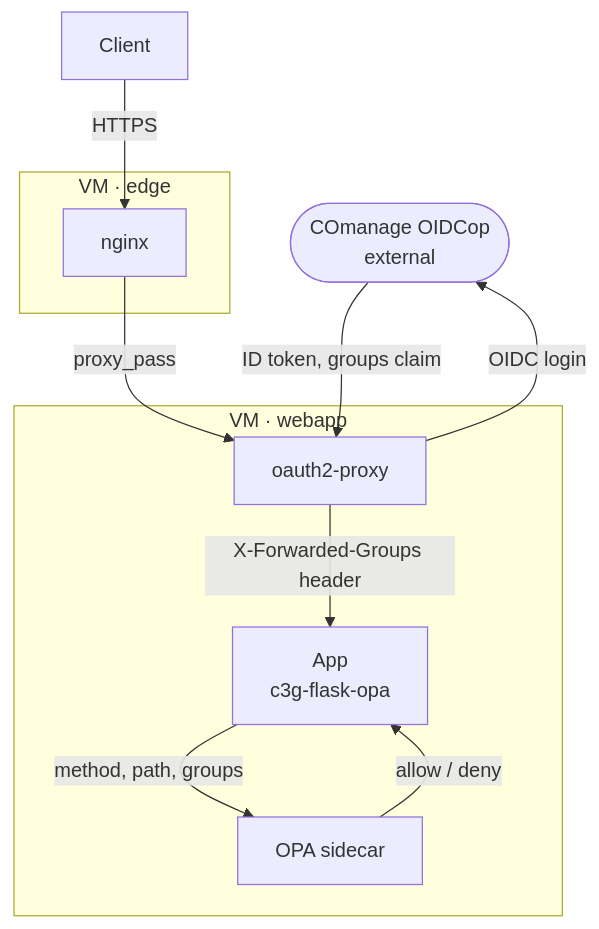
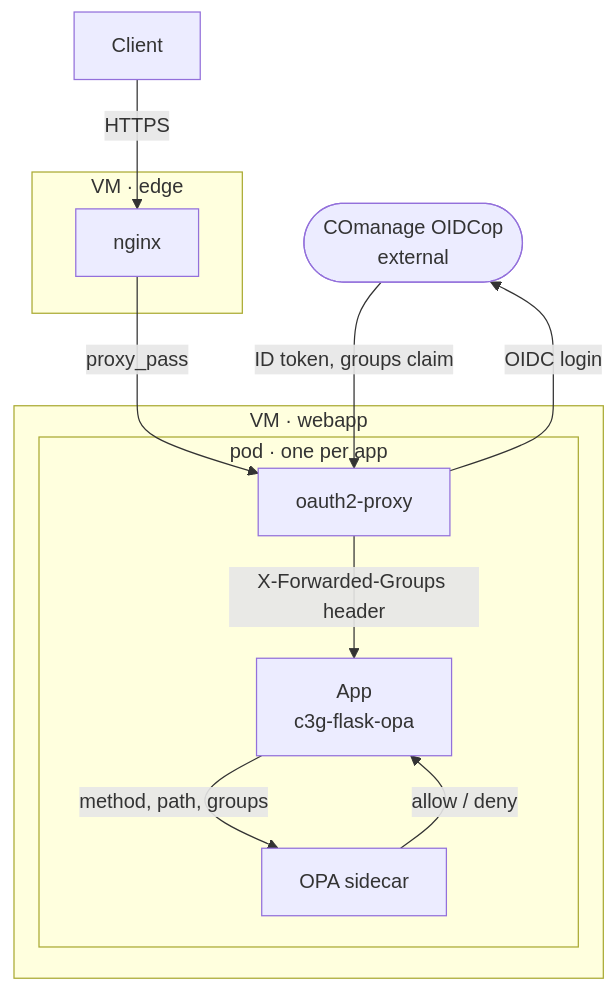
Before and after one commit to c3g/web-app-template: the third of 5 diagrams in README.md, drawn with Mermaid. The commit also changed other lines of this file and 2 other files, not shown here.

First line of the commit message:
Run each app's OPA and oauth2-proxy in the app's own podman pod

````diff
--- a/README.md
+++ b/README.md
@@ -68,19 +70,21 @@
 ```mermaid
 flowchart TB
   COM(["COmanage OIDCop<br/>external"])
   subgraph EDGE["VM · edge"]
     NGINX[nginx]
   end
   subgraph HOST["VM · webapp"]
-    OAUTH[oauth2-proxy]
-    APP["App<br/>c3g-flask-opa"]
-    OPA[OPA sidecar]
+    subgraph POD["pod · one per app"]
+      OAUTH[oauth2-proxy]
+      APP["App<br/>c3g-flask-opa"]
+      OPA[OPA sidecar]
+    end
   end
   CLIENT[Client] -->|HTTPS| NGINX
   NGINX -->|proxy_pass| OAUTH
   OAUTH -->|OIDC login| COM
   COM -->|ID token, groups claim| OAUTH
   OAUTH -->|X-Forwarded-Groups header| APP
   APP -->|method, path, groups| OPA
   OPA -->|allow / deny| APP
 ```
````
